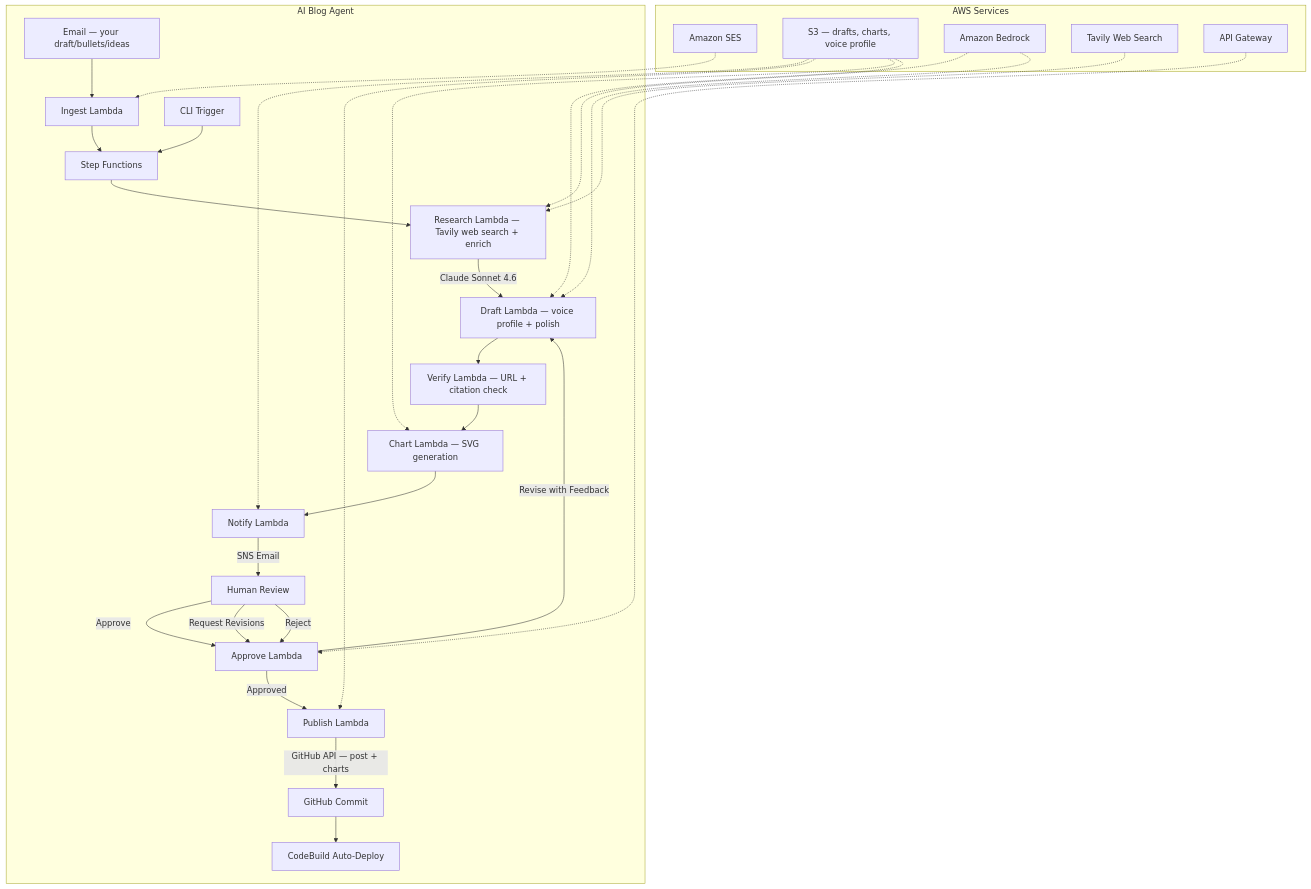
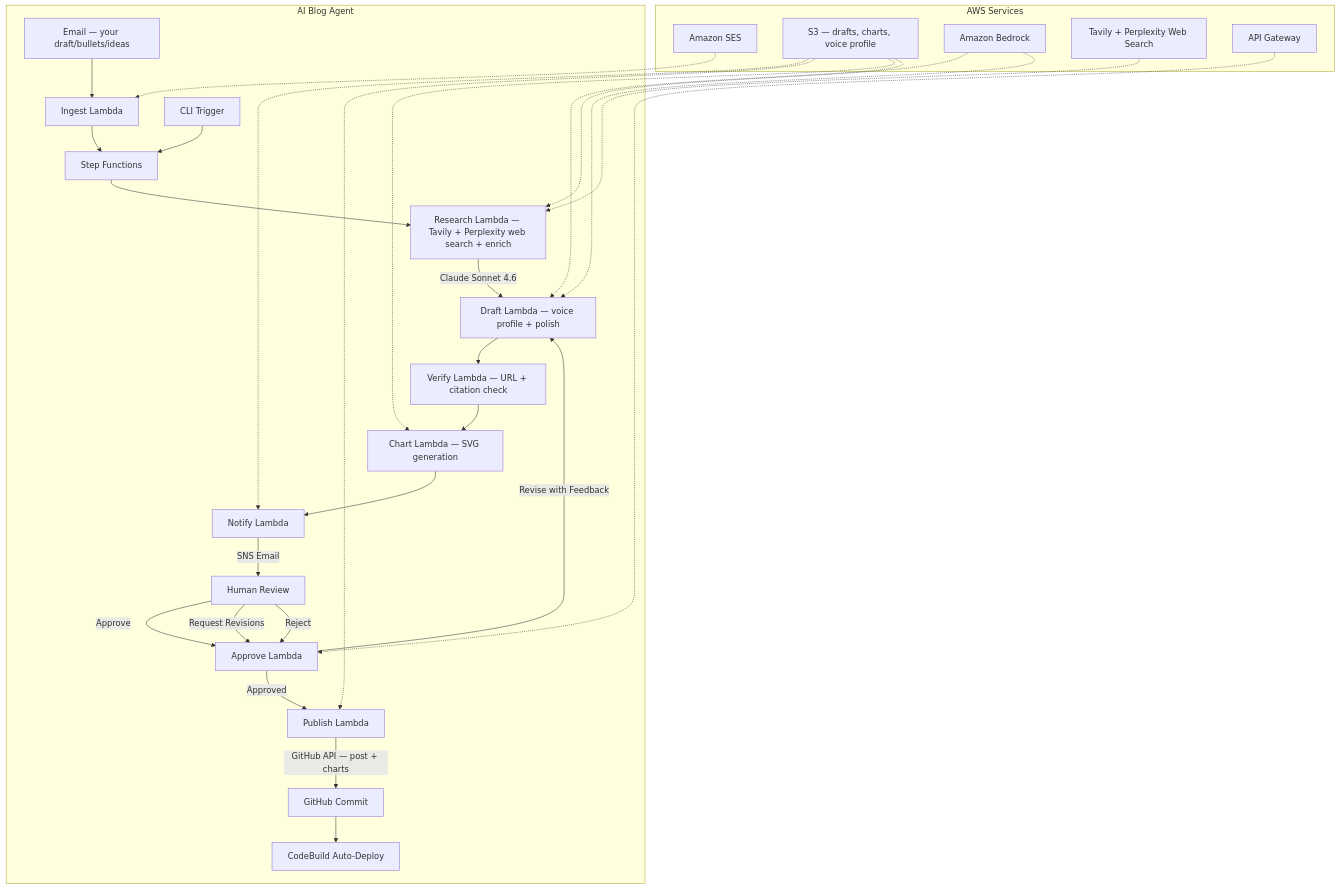
Before and after one commit to kzaky/khaledzaky.com: the second of 4 diagrams in README.md, drawn with Mermaid. The commit also changed other lines of this file and 2 other files, not shown here.

Commit message:
docs: update README + module docstring for dual search (Tavily+Perplexity) and alarm improvements (HITLExpired, ErrorPath, scoped alarm, 10 Lambdas)

````diff
--- a/README.md
+++ b/README.md
@@ -38,33 +38,33 @@
 ```mermaid
 graph TD
     subgraph "AI Blog Agent"
         EM[Email — your draft/bullets/ideas] --> IG[Ingest Lambda]
         CLI[CLI Trigger] --> SF
         IG --> SF[Step Functions]
-        SF --> R[Research Lambda — Tavily web search + enrich]
+        SF --> R[Research Lambda — Tavily + Perplexity web search + enrich]
         R -->|Claude Sonnet 4.6| D[Draft Lambda — voice profile + polish]
         D --> VC[Verify Lambda — URL + citation check]
         VC --> CH[Chart Lambda — SVG generation]
         CH --> N[Notify Lambda]
         N -->|SNS Email| U[Human Review]
         U -->|Approve| AP[Approve Lambda]
         U -->|Request Revisions| AP
         U -->|Reject| AP
         AP -->|Approved| P[Publish Lambda]
         AP -->|Revise with Feedback| D
         P -->|GitHub API — post + charts| GH[GitHub Commit]
         GH --> CB[CodeBuild Auto-Deploy]
     end
 
     subgraph "AWS Services"
         SES[Amazon SES] -.-> IG
         S3[S3 — drafts, charts, voice profile] -.-> N
         S3 -.-> P
         S3 -.-> CH
         S3 -.-> D
         BK[Amazon Bedrock] -.-> R
         BK -.-> D
-        TV[Tavily Web Search] -.-> R
+        TV[Tavily + Perplexity Web Search] -.-> R
         AG[API Gateway] -.-> AP
     end
 ```
````
